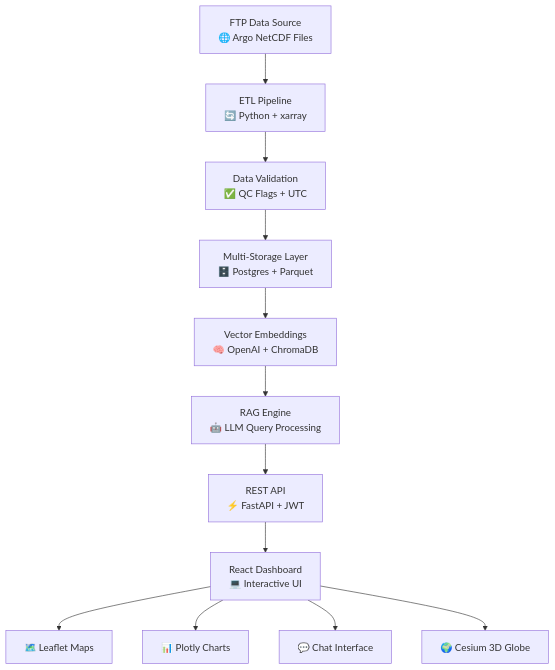
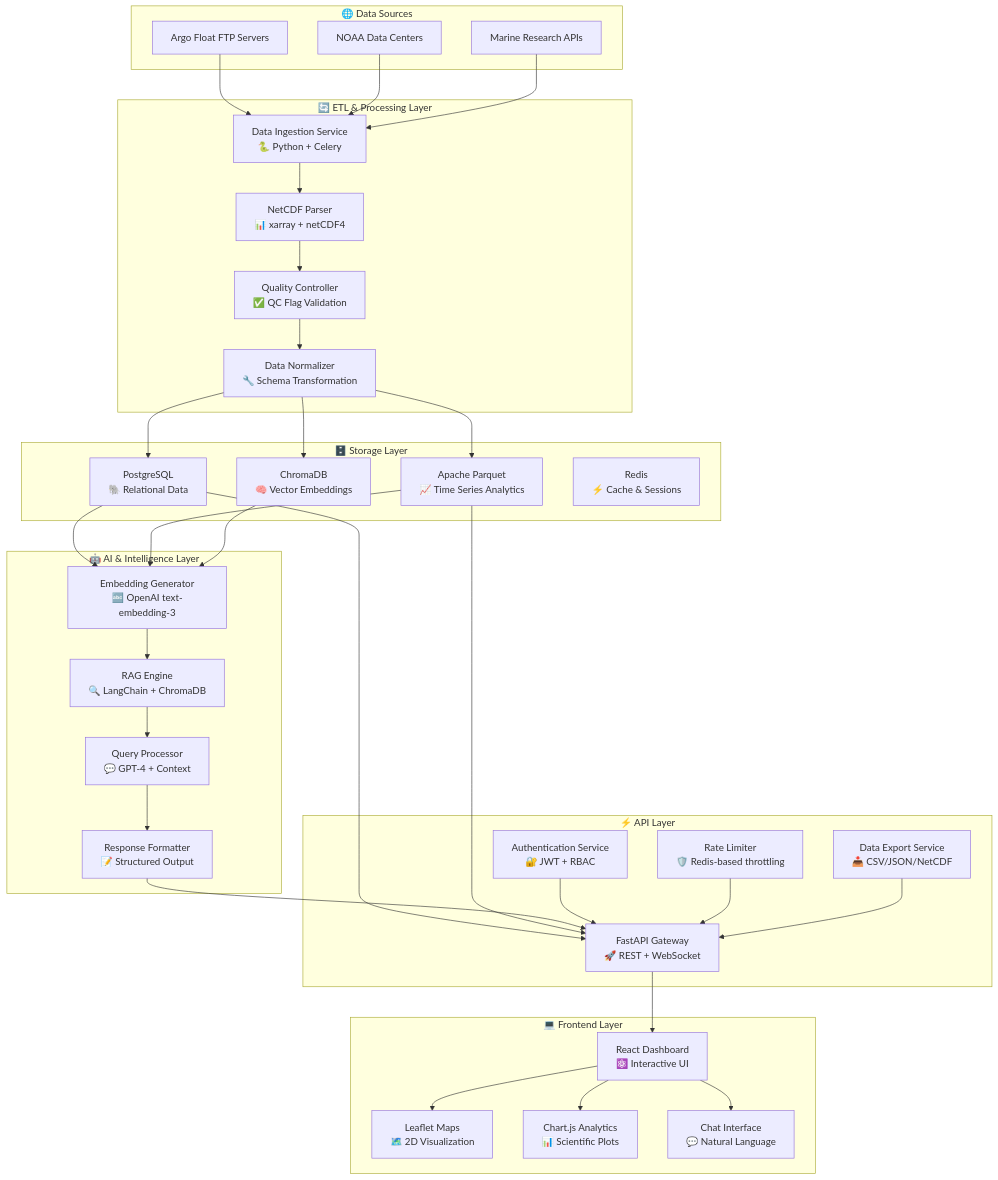
The first of 3 diagrams in README.md (AnjaliPrajapati31/SIH-FloatChat), drawn with Mermaid before and after one commit. The commit also changed other lines of this file, not shown here.

Commit message:
feat: update README to enhance system architecture section and improve live demo links

````diff
--- a/README.md
+++ b/README.md
@@ -86,15 +75,53 @@
 ```mermaid
 graph TB
-    A[FTP Data Source<br/>🌐 Argo NetCDF Files] --> B[ETL Pipeline<br/>🔄 Python + xarray]
-    B --> C[Data Validation<br/>✅ QC Flags + UTC]
-    C --> D[Multi-Storage Layer<br/>🗄️ Postgres + Parquet]
-    D --> E[Vector Embeddings<br/>🧠 OpenAI + ChromaDB]
-    E --> F[RAG Engine<br/>🤖 LLM Query Processing]
-    F --> G[REST API<br/>⚡ FastAPI + JWT]
-    G --> H[React Dashboard<br/>💻 Interactive UI]
+    subgraph "🌐 Data Sources"
+        A1[Argo Float FTP Servers]
+        A2[NOAA Data Centers]
+        A3[Marine Research APIs]
+    end
 
-    H --> I[🗺️ Leaflet Maps]
-    H --> J[📊 Plotly Charts]
-    H --> K[💬 Chat Interface]
-    H --> L[🌍 Cesium 3D Globe]
+    subgraph "🔄 ETL & Processing Layer"
+        B1[Data Ingestion Service<br/>🐍 Python + Celery]
+        B2[NetCDF Parser<br/>📊 xarray + netCDF4]
+        B3[Quality Controller<br/>✅ QC Flag Validation]
+        B4[Data Normalizer<br/>🔧 Schema Transformation]
+    end
+
+    subgraph "🗄️ Storage Layer"
+        C1[PostgreSQL<br/>🐘 Relational Data]
+        C2[Apache Parquet<br/>📈 Time Series Analytics]
+        C3[ChromaDB<br/>🧠 Vector Embeddings]
+        C4[Redis<br/>⚡ Cache & Sessions]
+    end
+
+    subgraph "🤖 AI & Intelligence Layer"
+        D1[Embedding Generator<br/>🔤 OpenAI text-embedding-3]
+        D2[RAG Engine<br/>🔍 LangChain + ChromaDB]
+        D3[Query Processor<br/>💬 GPT-4 + Context]
+        D4[Response Formatter<br/>📝 Structured Output]
+    end
+
+    subgraph "⚡ API Layer"
+        E1[FastAPI Gateway<br/>🚀 REST + WebSocket]
+        E2[Authentication Service<br/>🔐 JWT + RBAC]
+        E3[Rate Limiter<br/>🛡️ Redis-based throttling]
+        E4[Data Export Service<br/>📥 CSV/JSON/NetCDF]
+    end
+
+    subgraph "💻 Frontend Layer"
+        F1[React Dashboard<br/>⚛️ Interactive UI]
+        F2[Leaflet Maps<br/>🗺️ 2D Visualization]
+        F3[Chart.js Analytics<br/>📊 Scientific Plots]
+        F4[Chat Interface<br/>💬 Natural Language]
+    end
+
+    A1 & A2 & A3 --> B1
+    B1 --> B2 --> B3 --> B4
+    B4 --> C1 & C2 & C3
+    C1 & C2 & C3 --> D1
+    D1 --> D2 --> D3 --> D4
+    C1 & C2 & D4 --> E1
+    E2 & E3 & E4 --> E1
+    E1 --> F1
+    F1 --> F2 & F3 & F4
 ```
````
